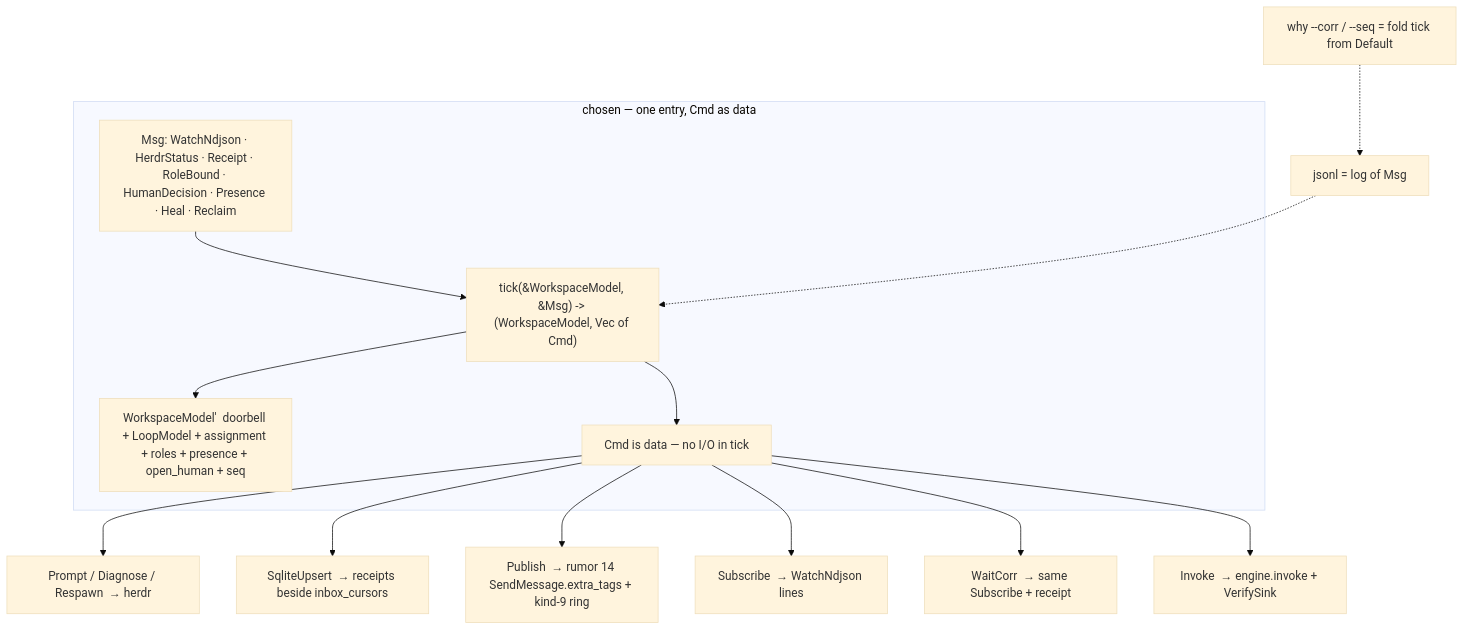
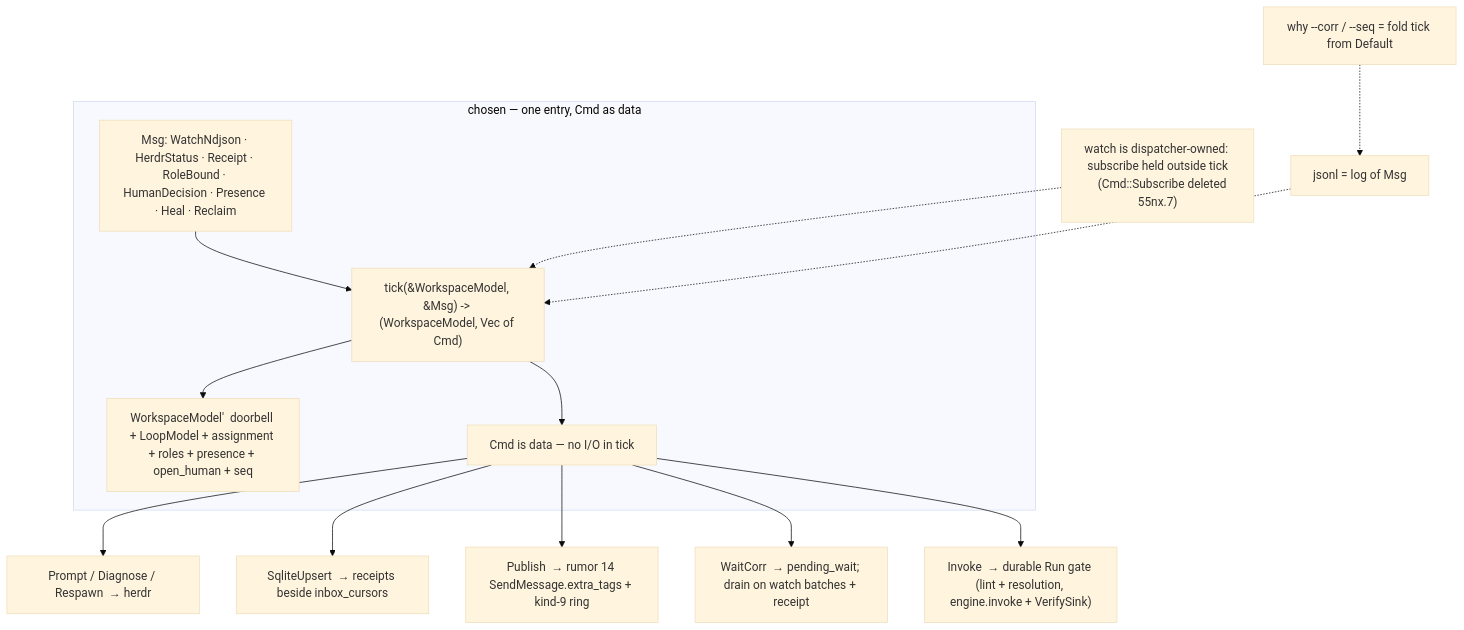
The first of 20 diagrams in docs/decisions/0027-one-workspace-tick-control-plane.md (bangedorrunt/toron), drawn with Mermaid (base theme) before and after one commit. The commit also changed 3 other files, not shown here.

Commit message:
docs(gs017): 0027 mermaid redrawn to live Cmd surface, 0028 grounding note, 0020 historical 39 annotated, banner refresh (refs bd-adr-0028-implementation-zfnx)

````diff
--- a/docs/decisions/0027-one-workspace-tick-control-plane.md
+++ b/docs/decisions/0027-one-workspace-tick-control-plane.md
@@ -60,18 +60,19 @@
 ```mermaid
 flowchart TB
   subgraph chosen["chosen — one entry, Cmd as data"]
     mIn["Msg: WatchNdjson · HerdrStatus · Receipt · RoleBound · HumanDecision · Presence · Heal · Reclaim"]
     tFn["tick(&WorkspaceModel, &Msg) -> (WorkspaceModel, Vec of Cmd)"]
     mIn --> tFn
     tFn --> mOut["WorkspaceModel'  doorbell + LoopModel + assignment + roles + presence + open_human + seq"]
     tFn --> fx["Cmd is data — no I/O in tick"]
   end
   fx --> herdrOut["Prompt / Diagnose / Respawn  → herdr"]
   fx --> sqlOut["SqliteUpsert  → receipts beside inbox_cursors"]
   fx --> pubOut["Publish  → rumor 14 SendMessage.extra_tags + kind-9 ring"]
-  fx --> subOut["Subscribe  → WatchNdjson lines"]
-  fx --> waitOut["WaitCorr  → same Subscribe + receipt"]
-  fx --> invOut["Invoke  → engine.invoke + VerifySink"]
+  fx --> waitOut["WaitCorr  → pending_wait; drain on watch batches + receipt"]
+  fx --> invOut["Invoke  → durable Run gate (lint + resolution, engine.invoke + VerifySink)"]
+  watchNote["watch is dispatcher-owned: subscribe held outside tick
+    (Cmd::Subscribe deleted 55nx.7)"] -.-> tFn
   logJ["jsonl = log of Msg"] -.-> tFn
   whyJ["why --corr / --seq = fold tick from Default"] -.-> logJ
 ```
````
